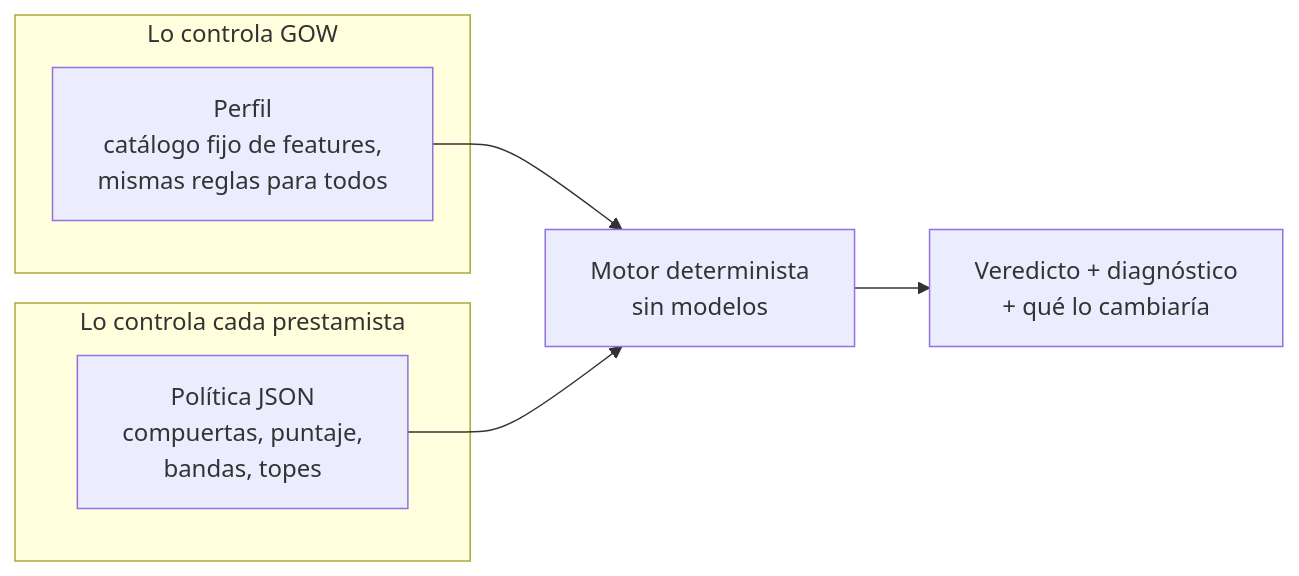
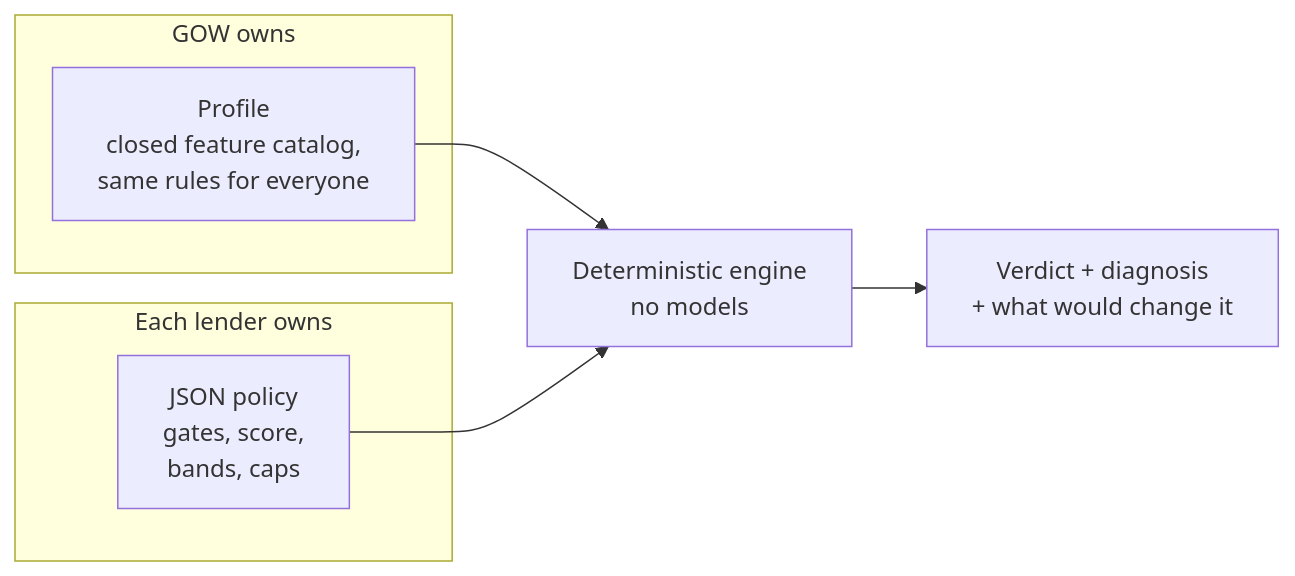
The third of 5 diagrams in README.md (moydany/gow-credit), drawn with Mermaid before and after one commit. The commit also changed other lines of this file and 2 other files, not shown here.

````diff
--- a/README.md
+++ b/README.md
@@ -241,11 +264,11 @@
 ```mermaid
 flowchart LR
-    subgraph GOW["Lo controla GOW"]
-        F["Perfil<br/>catálogo fijo de features,<br/>mismas reglas para todos"]
+    subgraph GOW["GOW owns"]
+        F["Profile<br/>closed feature catalog,<br/>same rules for everyone"]
     end
-    subgraph T["Lo controla cada prestamista"]
-        P["Política JSON<br/>compuertas, puntaje,<br/>bandas, topes"]
+    subgraph T["Each lender owns"]
+        P["JSON policy<br/>gates, score,<br/>bands, caps"]
     end
-    F --> M["Motor determinista<br/>sin modelos"] --> D["Veredicto + diagnóstico<br/>+ qué lo cambiaría"]
+    F --> M["Deterministic engine<br/>no models"] --> D["Verdict + diagnosis<br/>+ what would change it"]
     P --> M
 ```
````
